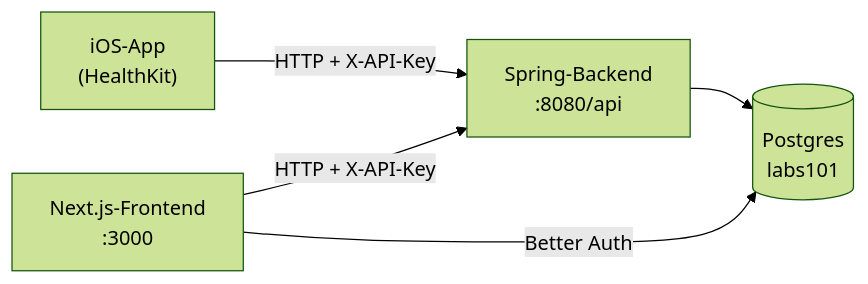
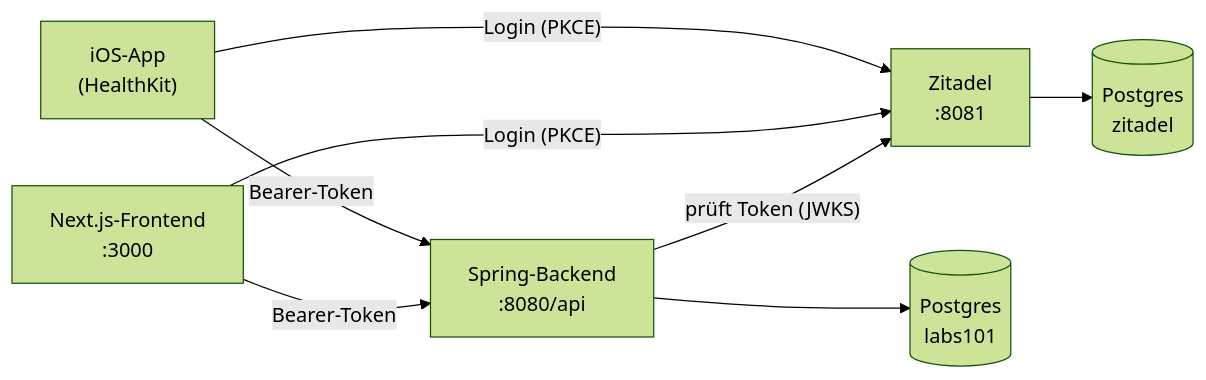
Before and after one commit to Dannyyy101/labs-101: the diagram in README.md, drawn with Mermaid (forest theme). The commit also changed other lines of this file and 91 other files, not shown here.

````diff
--- a/README.md
+++ b/README.md
@@ -14,7 +15,10 @@
 ```mermaid
 flowchart LR
-    iOS["iOS-App<br/>(HealthKit)"] -- "HTTP + X-API-Key" --> API
-    Web["Next.js-Frontend<br/>:3000"] -- "HTTP + X-API-Key" --> API["Spring-Backend<br/>:8080/api"]
-    Web -- "Better Auth" --> DB
+    iOS["iOS-App<br/>(HealthKit)"] -- "Login (PKCE)" --> IdP["Zitadel<br/>:8081"]
+    Web["Next.js-Frontend<br/>:3000"] -- "Login (PKCE)" --> IdP
+    iOS -- "Bearer-Token" --> API["Spring-Backend<br/>:8080/api"]
+    Web -- "Bearer-Token" --> API
+    API -- "prüft Token (JWKS)" --> IdP
     API --> DB[("Postgres<br/>labs101")]
+    IdP --> ZDB[("Postgres<br/>zitadel")]
 ```
````
